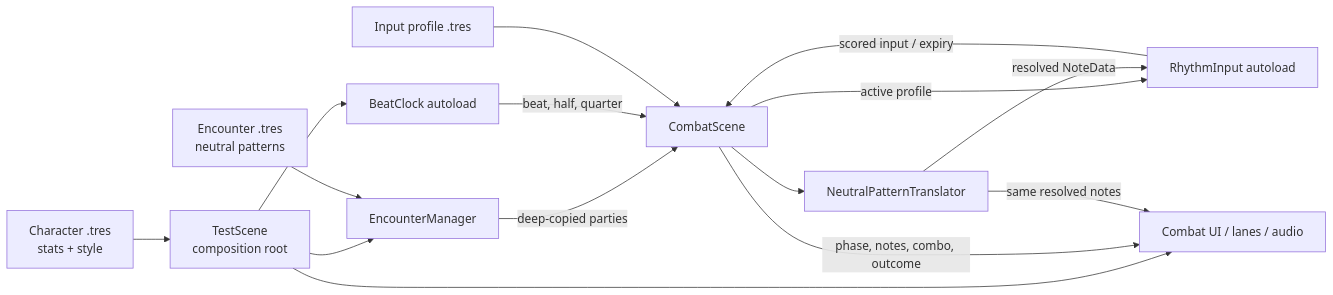
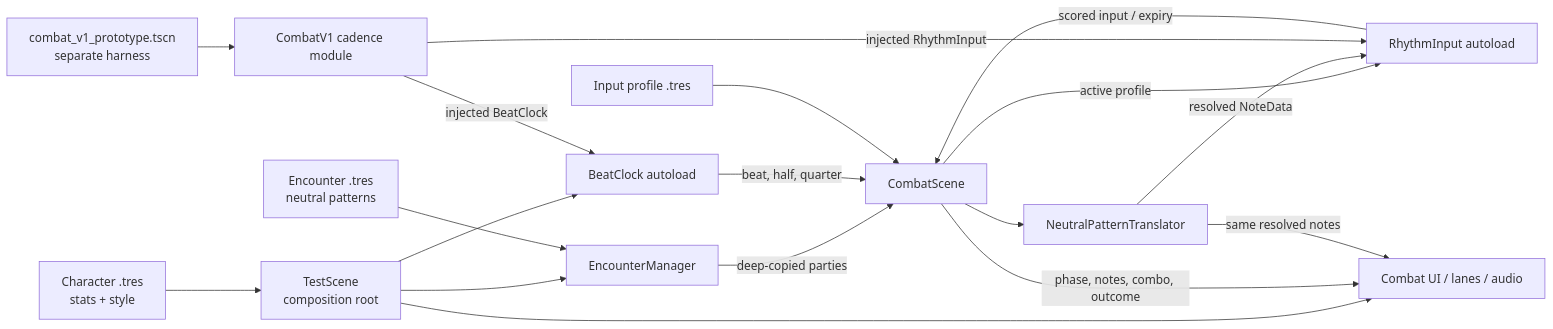
Before and after one commit to Parz1val1/rhythm-game-prototype: the first of 2 diagrams in docs/ARCHITECTURE.md, drawn with Mermaid. The commit also changed other lines of this file and 17 other files, not shown here.

Commit message:
feat: add isolated Combat V1 prototype harness

````diff
--- a/docs/ARCHITECTURE.md
+++ b/docs/ARCHITECTURE.md
@@ -14,17 +27,20 @@
 ```mermaid
 flowchart LR
     TS[TestScene<br/>composition root] --> BC[BeatClock autoload]
     TS --> EM[EncounterManager]
     TS --> UI[Combat UI / lanes / audio]
     EM -->|deep-copied parties| CS[CombatScene]
     BC -->|beat, half, quarter| CS
     RI[RhythmInput autoload] -->|scored input / expiry| CS
     CS -->|active profile| RI
     CS -->|phase, notes, combo, outcome| UI
     EN[Encounter .tres<br/>neutral patterns] --> EM
     CP[Character .tres<br/>stats + style] --> TS
     IP[Input profile .tres] --> CS
     CS --> NPT[NeutralPatternTranslator]
     NPT -->|resolved NoteData| RI
     NPT -->|same resolved notes| UI
+    V1P[combat_v1_prototype.tscn<br/>separate harness] --> V1[CombatV1 cadence module]
+    V1 -->|injected BeatClock| BC
+    V1 -->|injected RhythmInput| RI
 ```
````
